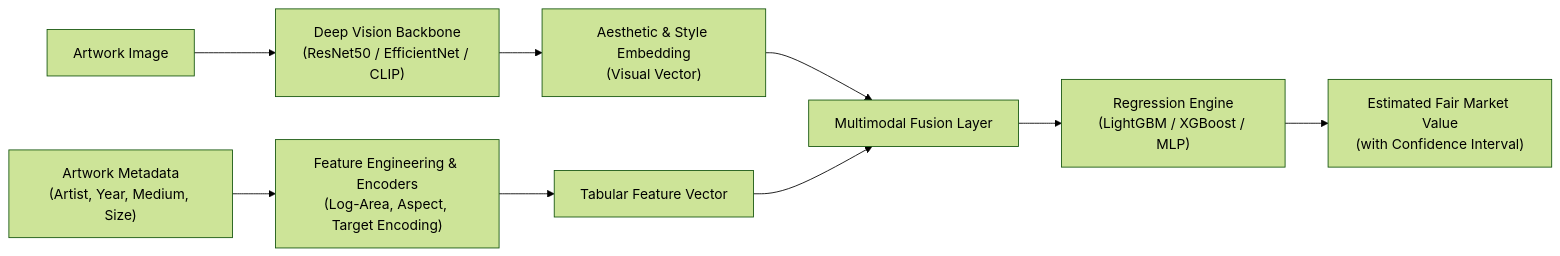
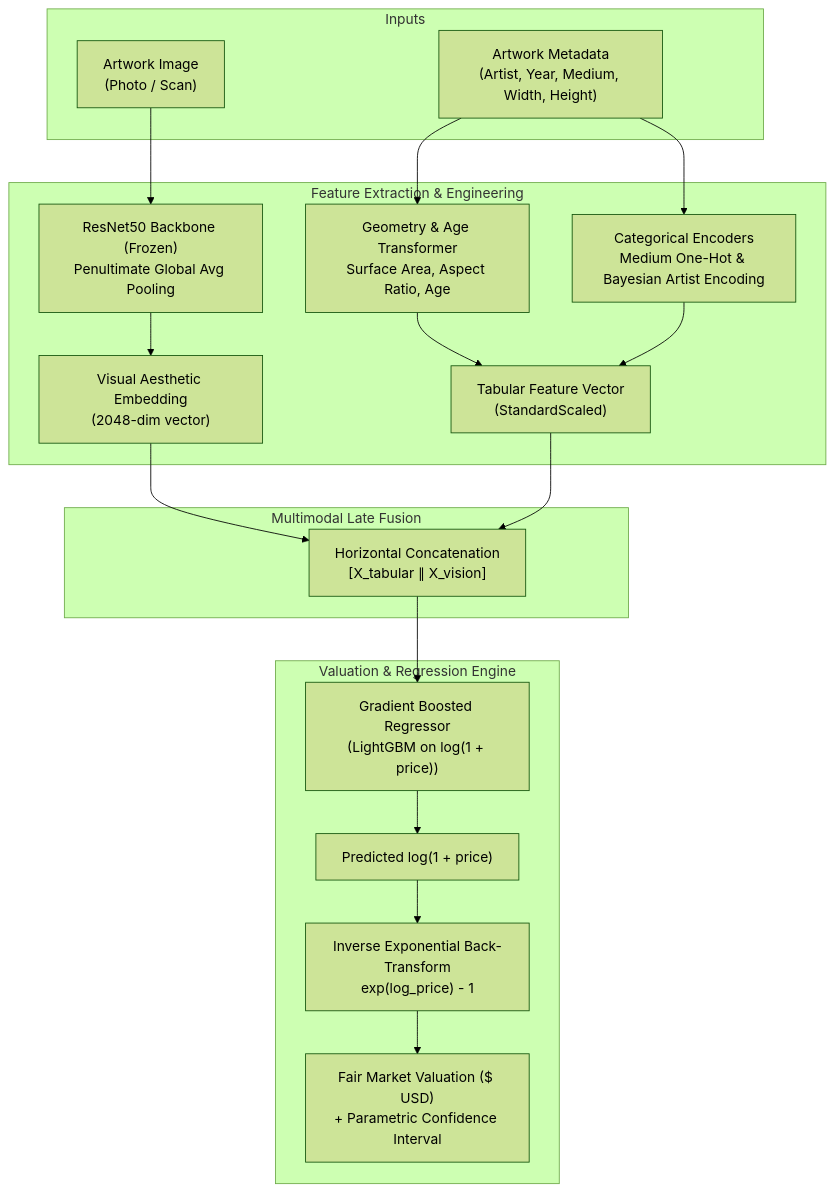
One commit to Krishnanand-10/CanvasIQ changed the diagram in README.md. Above: the diagram before and after it, drawn with Mermaid (forest theme). The commit also changed other lines of this file and 18 other files, not shown here.

Commit message:
docs(openspec): archive multimodal-art-valuation change, promote living specs, and finalize README

````diff
--- a/README.md
+++ b/README.md
@@ -13,12 +16,27 @@
 ```mermaid
-flowchart LR
-    A["Artwork Image"] --> B["Deep Vision Backbone<br/>(ResNet50 / EfficientNet / CLIP)"]
-    B --> C["Aesthetic & Style Embedding<br/>(Visual Vector)"]
+flowchart TD
+    subgraph Inputs
+        IMG["Artwork Image<br/>(Photo / Scan)"]
+        TAB["Artwork Metadata<br/>(Artist, Year, Medium, Width, Height)"]
+    end
 
-    D["Artwork Metadata<br/>(Artist, Year, Medium, Size)"] --> E["Feature Engineering & Encoders<br/>(Log-Area, Aspect, Target Encoding)"]
-    E --> F["Tabular Feature Vector"]
+    subgraph Feature_Engineering["Feature Extraction & Engineering"]
+        IMG --> VIS_EXT["ResNet50 Backbone (Frozen)<br/>Penultimate Global Avg Pooling"]
+        VIS_EXT --> VIS_VEC["Visual Aesthetic Embedding<br/>(2048-dim vector)"]
 
-    C & F --> G["Multimodal Fusion Layer"]
-    G --> H["Regression Engine<br/>(LightGBM / XGBoost / MLP)"]
-    H --> I["Estimated Fair Market Value<br/>(with Confidence Interval)"]
+        TAB --> GEOM["Geometry & Age Transformer<br/>Surface Area, Aspect Ratio, Age"]
+        TAB --> ENC["Categorical Encoders<br/>Medium One-Hot & Bayesian Artist Encoding"]
+        GEOM & ENC --> TAB_VEC["Tabular Feature Vector<br/>(StandardScaled)"]
+    end
+
+    subgraph Late_Fusion["Multimodal Late Fusion"]
+        VIS_VEC & TAB_VEC --> CONCAT["Horizontal Concatenation<br/>[X_tabular ∥ X_vision]"]
+    end
+
+    subgraph Valuation_Engine["Valuation & Regression Engine"]
+        CONCAT --> GBDT["Gradient Boosted Regressor<br/>(LightGBM on log(1 + price))"]
+        GBDT --> LOG_PRED["Predicted log(1 + price)"]
+        LOG_PRED --> INVERT["Inverse Exponential Back-Transform<br/>exp(log_price) - 1"]
+        INVERT --> FINAL_VAL["Fair Market Valuation ($ USD)<br/>+ Parametric Confidence Interval"]
+    end
 ```
````
